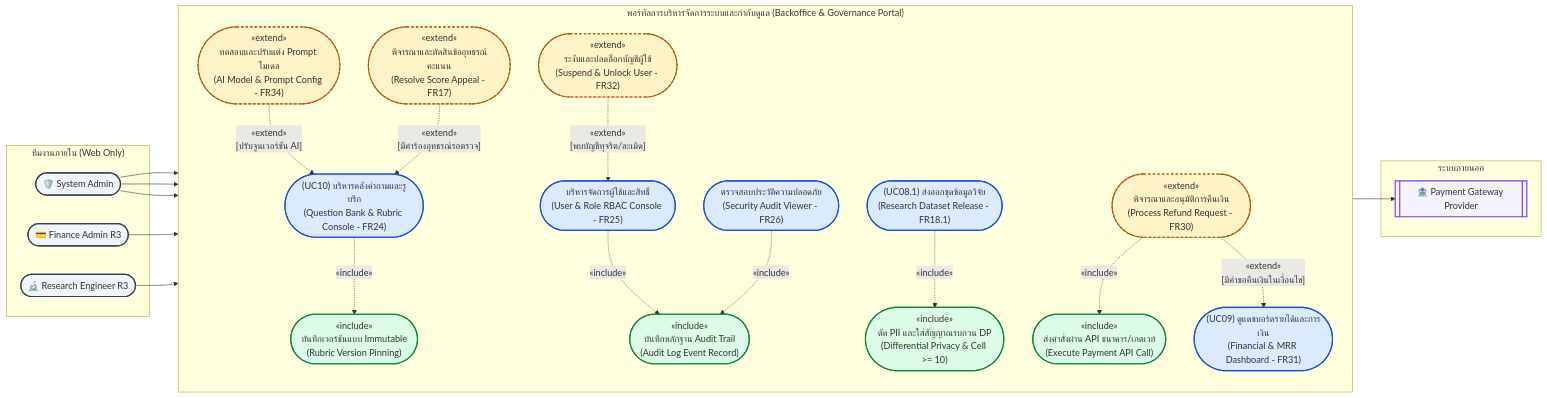
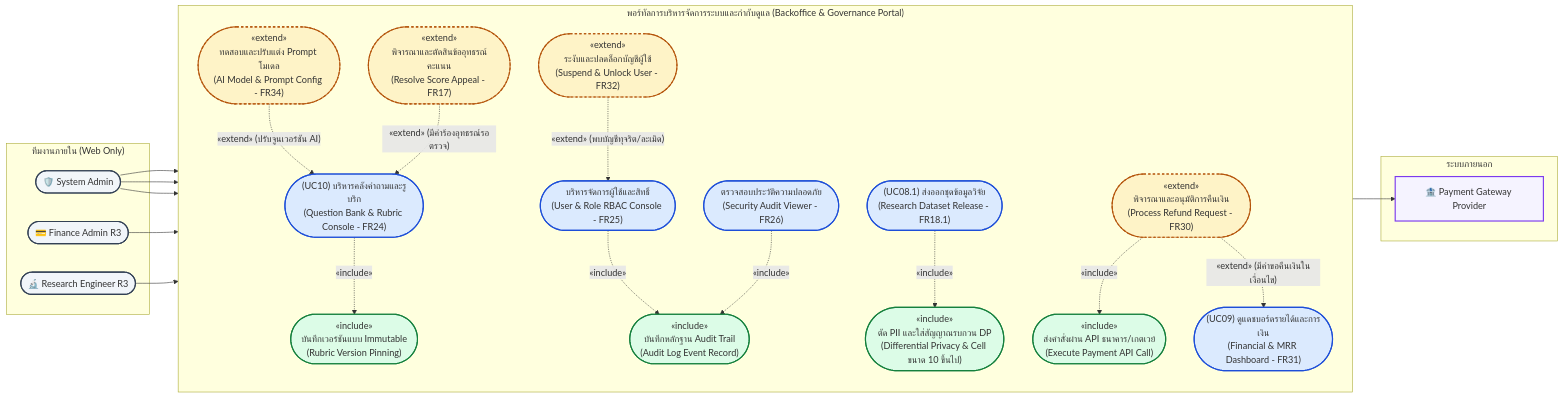
The seventh of 26 diagrams in docs-interviex/03_SRS_Requirements/InterviewX_SRS_Report_Revised_TH.md (Phoomss/interviewx-datahub), drawn with Mermaid before and after one commit. The commit also changed other lines of this file and 21 other files, not shown here.

Commit message:
fix error Unable to render rich display for all diagram

````diff
--- a/docs-interviex/03_SRS_Requirements/InterviewX_SRS_Report_Revised_TH.md
+++ b/docs-interviex/03_SRS_Requirements/InterviewX_SRS_Report_Revised_TH.md
@@ -884,70 +884,70 @@
 ```mermaid
 flowchart LR
   subgraph StaffUsers["ทีมงานภายใน (Web Only)"]
-    Admin([🛡️ System Admin])
-    Finance([💳 Finance Admin R3])
-    Researcher([🔬 Research Engineer R3])
+    Admin(["🛡️ System Admin"])
+    Finance(["💳 Finance Admin R3"])
+    Researcher(["🔬 Research Engineer R3"])
   end
 
   subgraph BackofficeBoundary["พอร์ทัลการบริหารจัดการระบบและกำกับดูแล (Backoffice & Governance Portal)"]
     direction TB
 
     %% Base Use Cases
-    UC_ManageQuestions(["(UC10) บริหารคลังคำถามและรูบริก\n(Question Bank & Rubric Console - FR24)"])
-    UC_ManageUsers(["บริหารจัดการผู้ใช้และสิทธิ์\n(User & Role RBAC Console - FR25)"])
-    UC_AuditViewer(["ตรวจสอบประวัติความปลอดภัย\n(Security Audit Viewer - FR26)"])
-    UC_FinancialDashboard(["(UC09) ดูแดชบอร์ดรายได้และการเงิน\n(Financial & MRR Dashboard - FR31)"])
-    UC_ResearchExport(["(UC08.1) ส่งออกชุดข้อมูลวิจัย\n(Research Dataset Release - FR18.1)"])
+    UC_ManageQuestions(["(UC10) บริหารคลังคำถามและรูบริก<br/>(Question Bank & Rubric Console - FR24)"])
+    UC_ManageUsers(["บริหารจัดการผู้ใช้และสิทธิ์<br/>(User & Role RBAC Console - FR25)"])
+    UC_AuditViewer(["ตรวจสอบประวัติความปลอดภัย<br/>(Security Audit Viewer - FR26)"])
+    UC_FinancialDashboard(["(UC09) ดูแดชบอร์ดรายได้และการเงิน<br/>(Financial & MRR Dashboard - FR31)"])
+    UC_ResearchExport(["(UC08.1) ส่งออกชุดข้อมูลวิจัย<br/>(Research Dataset Release - FR18.1)"])
 
     %% Includes
-    INC_ImmutableVersion(["«include»\nบันทึกเวอร์ชันแบบ Immutable\n(Rubric Version Pinning)"])
-    INC_AuditTrail(["«include»\nบันทึกหลักฐาน Audit Trail\n(Audit Log Event Record)"])
-    INC_DiffPrivacy(["«include»\nตัด PII และใส่สัญญาณรบกวน DP\n(Differential Privacy & Cell >= 10)"])
-    INC_PaymentAPI(["«include»\nส่งคำสั่งผ่าน API ธนาคาร/เกตเวย์\n(Execute Payment API Call)"])
+    INC_ImmutableVersion(["«include»<br/>บันทึกเวอร์ชันแบบ Immutable<br/>(Rubric Version Pinning)"])
+    INC_AuditTrail(["«include»<br/>บันทึกหลักฐาน Audit Trail<br/>(Audit Log Event Record)"])
+    INC_DiffPrivacy(["«include»<br/>ตัด PII และใส่สัญญาณรบกวน DP<br/>(Differential Privacy & Cell ขนาด 10 ขึ้นไป)"])
+    INC_PaymentAPI(["«include»<br/>ส่งคำสั่งผ่าน API ธนาคาร/เกตเวย์<br/>(Execute Payment API Call)"])
 
     %% Extends
-    EXT_ConfigPrompt(["«extend»\nทดสอบและปรับแต่ง Prompt โมเดล\n(AI Model & Prompt Config - FR34)"])
-    EXT_SuspendAccount(["«extend»\nระงับและปลดล็อกบัญชีผู้ใช้\n(Suspend & Unlock User - FR32)"])
-    EXT_ResolveAppeal(["«extend»\nพิจารณาและตัดสินข้ออุทธรณ์คะแนน\n(Resolve Score Appeal - FR17)"])
-    EXT_ProcessRefund(["«extend»\nพิจารณาและอนุมัติการคืนเงิน\n(Process Refund Request - FR30)"])
+    EXT_ConfigPrompt(["«extend»<br/>ทดสอบและปรับแต่ง Prompt โมเดล<br/>(AI Model & Prompt Config - FR34)"])
+    EXT_SuspendAccount(["«extend»<br/>ระงับและปลดล็อกบัญชีผู้ใช้<br/>(Suspend & Unlock User - FR32)"])
+    EXT_ResolveAppeal(["«extend»<br/>พิจารณาและตัดสินข้ออุทธรณ์คะแนน<br/>(Resolve Score Appeal - FR17)"])
+    EXT_ProcessRefund(["«extend»<br/>พิจารณาและอนุมัติการคืนเงิน<br/>(Process Refund Request - FR30)"])
   end
 
   subgraph ExternalGW["ระบบภายนอก"]
-    PaymentGateway[[🏦 Payment Gateway Provider]]
+    PaymentGateway["🏦 Payment Gateway Provider"]
   end
 
   %% Associations
   Admin --> UC_ManageQuestions
   Admin --> UC_ManageUsers
   Admin --> UC_AuditViewer
   Finance --> UC_FinancialDashboard
   Researcher --> UC_ResearchExport
 
   %% Includes
-  UC_ManageQuestions -. "«include»" .-> INC_ImmutableVersion
-  UC_ManageUsers -. "«include»" .-> INC_AuditTrail
-  UC_AuditViewer -. "«include»" .-> INC_AuditTrail
-  UC_ResearchExport -. "«include»" .-> INC_DiffPrivacy
-  EXT_ProcessRefund -. "«include»" .-> INC_PaymentAPI
+  UC_ManageQuestions -.->|«include»| INC_ImmutableVersion
+  UC_ManageUsers -.->|«include»| INC_AuditTrail
+  UC_AuditViewer -.->|«include»| INC_AuditTrail
+  UC_ResearchExport -.->|«include»| INC_DiffPrivacy
+  EXT_ProcessRefund -.->|«include»| INC_PaymentAPI
 
   %% Extends
-  EXT_ConfigPrompt -. "«extend»\n[ปรับจูนเวอร์ชัน AI]" .-> UC_ManageQuestions
-  EXT_SuspendAccount -. "«extend»\n[พบบัญชีทุจริต/ละเมิด]" .-> UC_ManageUsers
-  EXT_ResolveAppeal -. "«extend»\n[มีคำร้องอุทธรณ์รอตรวจ]" .-> UC_ManageQuestions
-  EXT_ProcessRefund -. "«extend»\n[มีคำขอคืนเงินในเงื่อนไข]" .-> UC_FinancialDashboard
+  EXT_ConfigPrompt -.->|"«extend» (ปรับจูนเวอร์ชัน AI)"| UC_ManageQuestions
+  EXT_SuspendAccount -.->|"«extend» (พบบัญชีทุจริต/ละเมิด)"| UC_ManageUsers
+  EXT_ResolveAppeal -.->|"«extend» (มีคำร้องอุทธรณ์รอตรวจ)"| UC_ManageQuestions
+  EXT_ProcessRefund -.->|"«extend» (มีคำขอคืนเงินในเงื่อนไข)"| UC_FinancialDashboard
 
   %% External Link
   INC_PaymentAPI --> PaymentGateway
 
-  classDef baseStyle fill:#dbeafe,stroke:#1d4ed8,stroke-width:2px;
-  classDef incStyle fill:#dcfce7,stroke:#15803d,stroke-width:2px;
-  classDef extStyle fill:#fef3c7,stroke:#b45309,stroke-width:2px,stroke-dasharray:4 4;
-  classDef actorStyle fill:#f1f5f9,stroke:#334155,stroke-width:2px;
-  classDef extSysStyle fill:#f5f3ff,stroke:#7c3aed,stroke-width:2px;
+  classDef baseStyle fill:#dbeafe,stroke:#1d4ed8,stroke-width:2px
+  classDef incStyle fill:#dcfce7,stroke:#15803d,stroke-width:2px
+  classDef extStyle fill:#fef3c7,stroke:#b45309,stroke-width:2px,stroke-dasharray:4 4
+  classDef actorStyle fill:#f1f5f9,stroke:#334155,stroke-width:2px
+  classDef extSysStyle fill:#f5f3ff,stroke:#7c3aed,stroke-width:2px
 
-  class UC_ManageQuestions,UC_ManageUsers,UC_AuditViewer,UC_FinancialDashboard,UC_ResearchExport baseStyle;
-  class INC_ImmutableVersion,INC_AuditTrail,INC_DiffPrivacy,INC_PaymentAPI incStyle;
-  class EXT_ConfigPrompt,EXT_SuspendAccount,EXT_ResolveAppeal,EXT_ProcessRefund extStyle;
-  class Admin,Finance,Researcher actorStyle;
-  class PaymentGateway extSysStyle;
+  class UC_ManageQuestions,UC_ManageUsers,UC_AuditViewer,UC_FinancialDashboard,UC_ResearchExport baseStyle
+  class INC_ImmutableVersion,INC_AuditTrail,INC_DiffPrivacy,INC_PaymentAPI incStyle
+  class EXT_ConfigPrompt,EXT_SuspendAccount,EXT_ResolveAppeal,EXT_ProcessRefund extStyle
+  class Admin,Finance,Researcher actorStyle
+  class PaymentGateway extSysStyle
 ```
````
